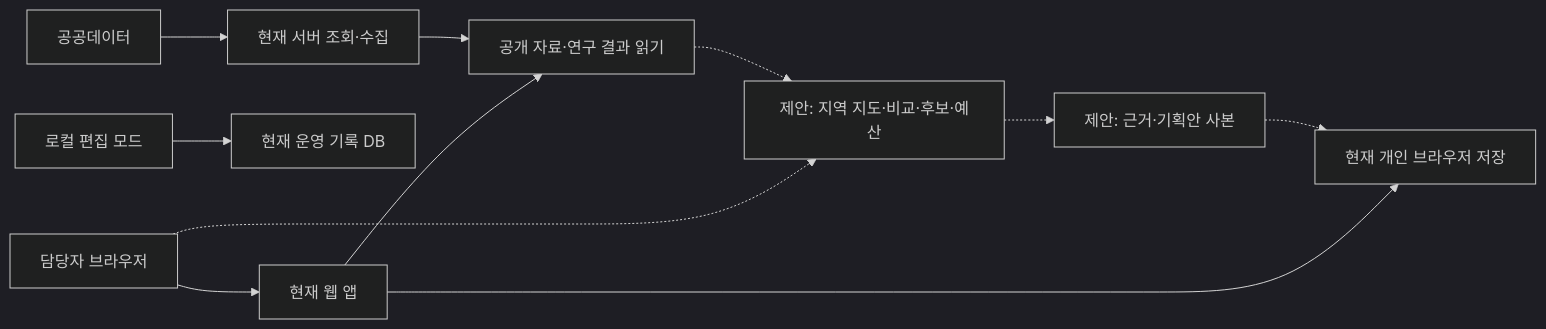
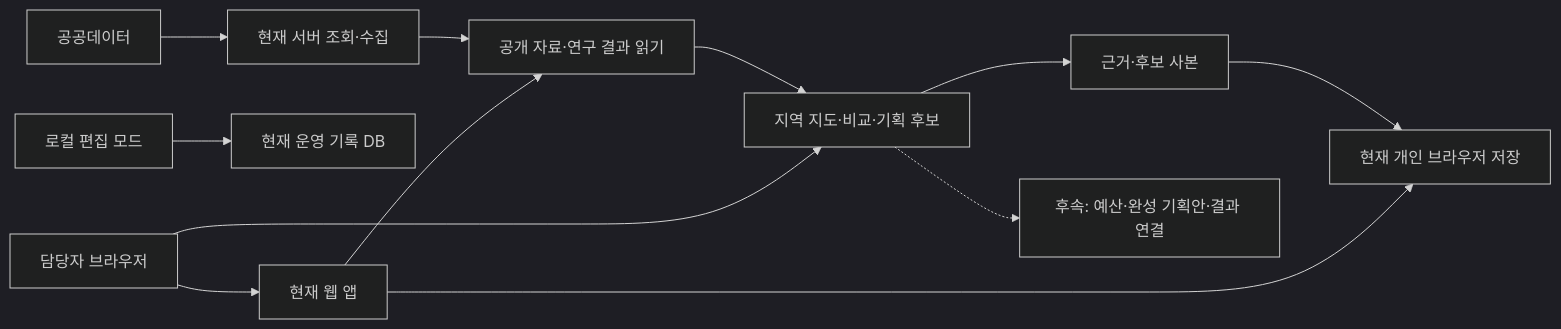
Before and after one commit to gitvssh/fest-compass: the diagram in docs/sdlc/2-design/architecture.md, drawn with Mermaid (dark theme). The commit also changed other lines of this file and 38 other files, not shown here.

````diff
--- a/docs/sdlc/2-design/architecture.md
+++ b/docs/sdlc/2-design/architecture.md
@@ -20,13 +20,14 @@
 ```mermaid
 flowchart LR
   U["담당자 브라우저"] --> WEB["현재 웹 앱"]
   WEB --> READ["공개 자료·연구 결과 읽기"]
   WEB --> LOCAL["현재 개인 브라우저 저장"]
   EDIT["로컬 편집 모드"] --> DB["현재 운영 기록 DB"]
   KTO["공공데이터"] --> FETCH["현재 서버 조회·수집"]
   FETCH --> READ
-  U -.-> NEW["제안: 지역 지도·비교·후보·예산"]
-  READ -.-> NEW
-  NEW -.-> SNAP["제안: 근거·기획안 사본"]
-  SNAP -.-> LOCAL
+  U --> NEW["지역 지도·비교·기획 후보"]
+  READ --> NEW
+  NEW --> SNAP["근거·후보 사본"]
+  SNAP --> LOCAL
+  NEW -.-> FUTURE["후속: 예산·완성 기획안·결과 연결"]
 ```
````
